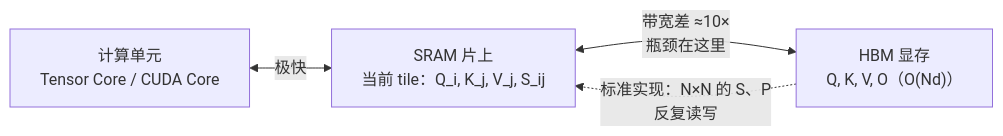
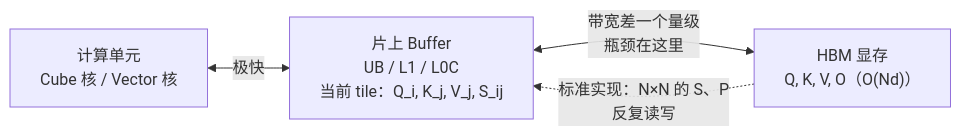
One commit to kangdl/AscendC_Basic_Knowledge changed the ninth of 27 diagrams in AscendC算子学习指导.md. Above: the diagram before and after it, drawn with Mermaid. The commit also changed other lines of this file and 4 other files, not shown here.

````diff
--- a/AscendC算子学习指导.md
+++ b/AscendC算子学习指导.md
@@ -1173,6 +1176,6 @@
 ```mermaid
 flowchart LR
-    C["计算单元<br/>Tensor Core / CUDA Core"] <-->|"极快"| S["SRAM 片上<br/>当前 tile：Q_i, K_j, V_j, S_ij"]
-    S <-->|"带宽差 ≈10×<br/>瓶颈在这里"| H["HBM 显存<br/>Q, K, V, O（O(Nd)）"]
+    C["计算单元<br/>Cube 核 / Vector 核"] <-->|"极快"| S["片上 Buffer<br/>UB / L1 / L0C<br/>当前 tile：Q_i, K_j, V_j, S_ij"]
+    S <-->|"带宽差一个量级<br/>瓶颈在这里"| H["HBM 显存<br/>Q, K, V, O（O(Nd)）"]
     H -.->|"标准实现：N×N 的 S、P<br/>反复读写"| S
 ```
````
